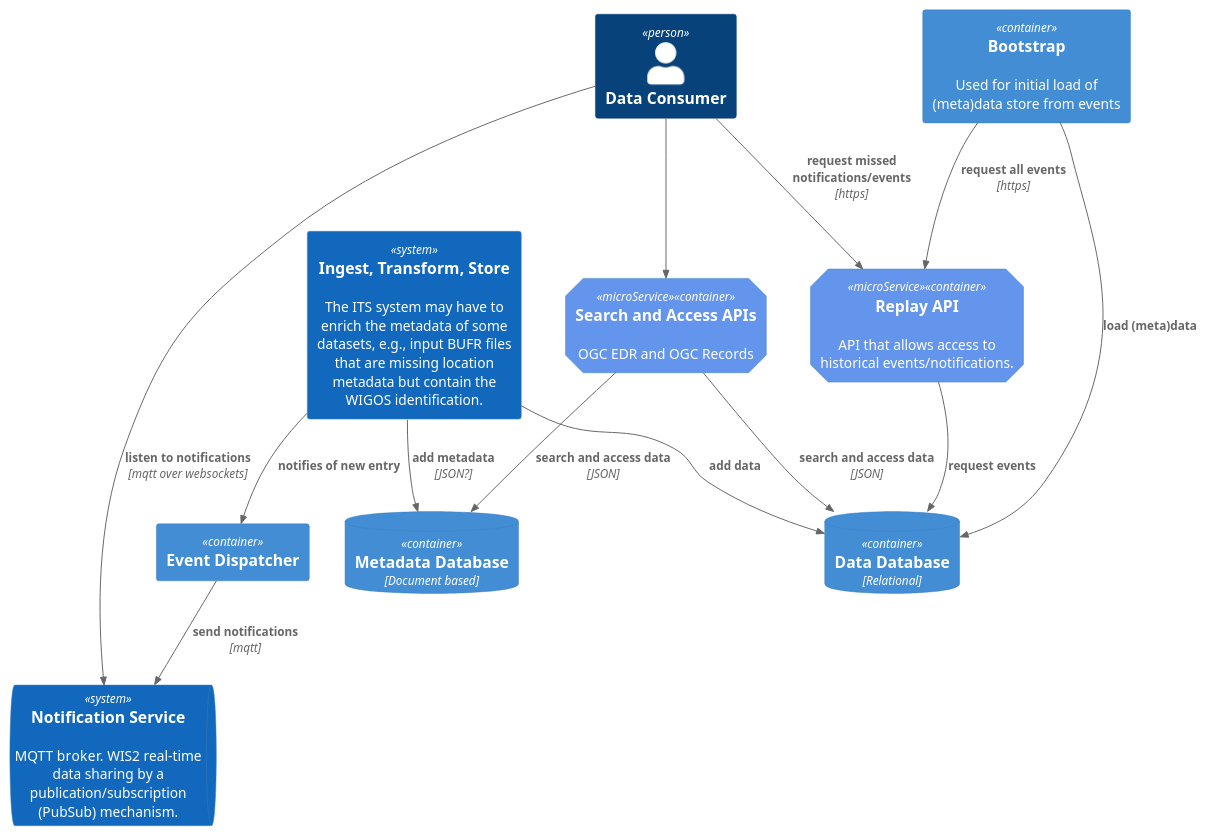
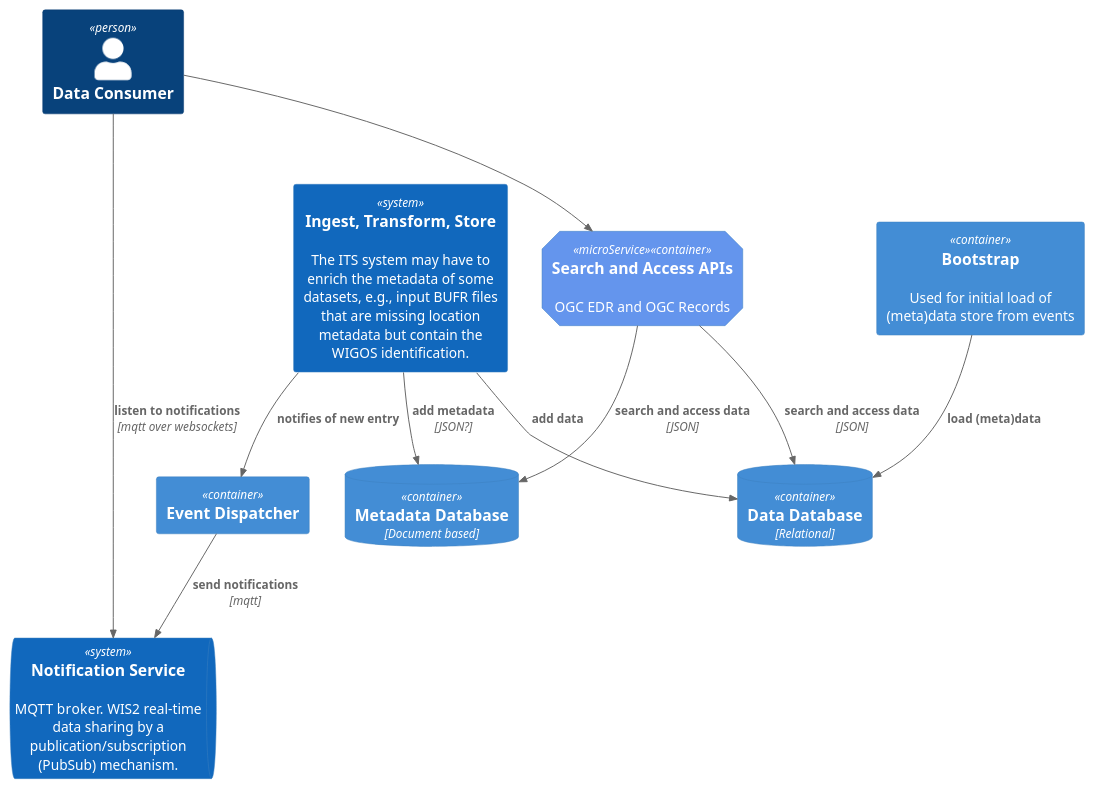
One commit to EURODEO/e-soh-poc-report changed the diagram in poc-experiments/datastore-choices/container-relational-and-json-data-store.puml. Above: the diagram before and after it, drawn with PlantUML. The commit also changed 2 other files, not shown here.

Commit message:
Remove replay-api

```diff
--- a/poc-experiments/datastore-choices/container-relational-and-json-data-store.puml
+++ b/poc-experiments/datastore-choices/container-relational-and-json-data-store.puml
@@ -1,38 +1,34 @@
 @startuml "c4-container-relational-and-json-data-store"
 !include https://raw.githubusercontent.com/plantuml-stdlib/C4-PlantUML/master/C4_Container.puml
 
 '3C
 
 AddElementTag("microService", $shape=EightSidedShape(), $bgColor="CornflowerBlue", $fontColor="white", $legendText="micro service\neight sided")
 
 Person(consumer, "Data Consumer")
 
 System(its, "Ingest, Transform, Store", "The ITS system may have to enrich the metadata of some datasets, e.g., input BUFR files that are missing location metadata but contain the WIGOS identification.")
 
 SystemQueue(queue, "Notification Service", "MQTT broker. WIS2 real-time data sharing by a publication/subscription (PubSub) mechanism.")
 
-Container(replay, "Replay API", "", "API that allows access to historical events/notifications.", $tags = "microService")
 Container(edr, "Search and Access APIs", "", "OGC EDR and OGC Records", $tags = "microService")
 ContainerDb(db, "Data Database", "Relational")
 ContainerDb(db_meta, "Metadata Database", "Document based")
 Container(eventsender, "Event Dispatcher")
 Container(bootstrap, "Bootstrap", "", "Used for initial load of (meta)data store from events")
 
 Rel(its, db, "add data", "")
 Rel(its, db_meta, "add metadata", "JSON?")
 
 Rel(its, eventsender, "notifies of new entry")
 Rel(eventsender, queue, "send notifications", "mqtt")
-Rel(replay, db, "request events", "")
 
-Rel_D(bootstrap, replay, "request all events", "https")
 Rel_D(bootstrap, db, "load (meta)data", "")
 
 Rel(consumer, queue, "listen to notifications", "mqtt over websockets")
-Rel(consumer, replay, "request missed notifications/events", "https")
 
 Rel(edr, db, "search and access data", "JSON")
 Rel(edr, db_meta, "search and access data", "JSON")
 Rel(consumer, edr, "", "")
 
 @enduml
```
